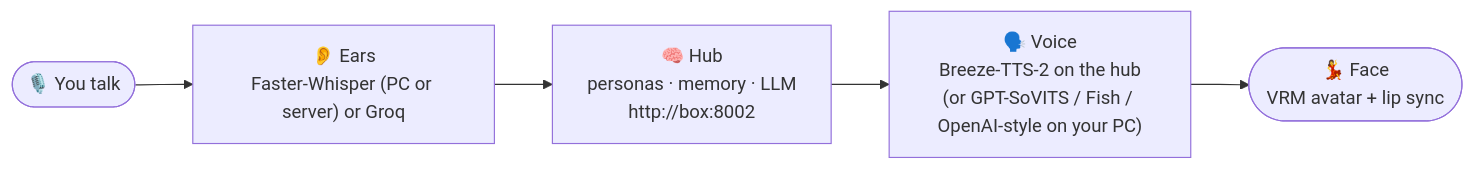
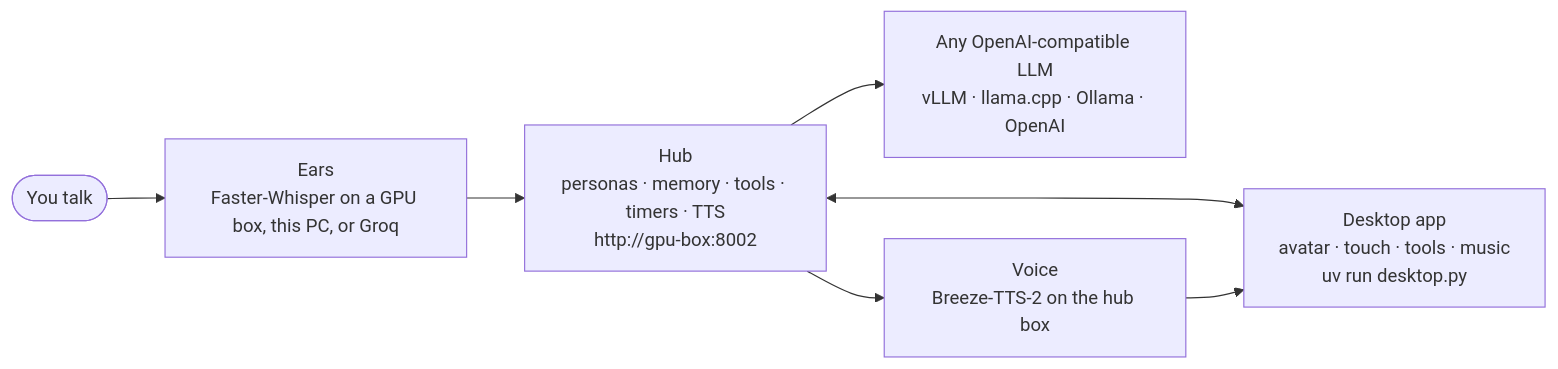
The diagram in README.md (urbanslayer/ai-desktop-assistant), drawn with Mermaid before and after one commit. The commit also changed other lines of this file and 2 other files, not shown here.

````diff
--- a/README.md
+++ b/README.md
@@ -61,7 +54,9 @@
 ```mermaid
 flowchart LR
-    you(["🎙️ You talk"]) --> ears["👂 Ears<br/>Faster-Whisper (PC or server) or Groq"]
-    ears --> hub["🧠 Hub<br/>personas · memory · LLM<br/>http://box:8002"]
-    hub --> voice["🗣️ Voice<br/>Breeze-TTS-2 on the hub<br/>(or GPT-SoVITS / Fish / OpenAI-style on your PC)"]
-    voice --> face(["💃 Face<br/>VRM avatar + lip sync"])
+    you(["You talk"]) --> ears["Ears<br/>Faster-Whisper on a GPU box, this PC, or Groq"]
+    ears --> hub["Hub<br/>personas · memory · tools · timers · TTS<br/>http://gpu-box:8002"]
+    hub --> llm["Any OpenAI-compatible LLM<br/>vLLM · llama.cpp · Ollama · OpenAI"]
+    hub --> voice["Voice<br/>Breeze-TTS-2 on the hub box"]
+    hub <--> desk["Desktop app<br/>avatar · touch · tools · music<br/>uv run desktop.py"]
+    voice --> desk
 ```
````
